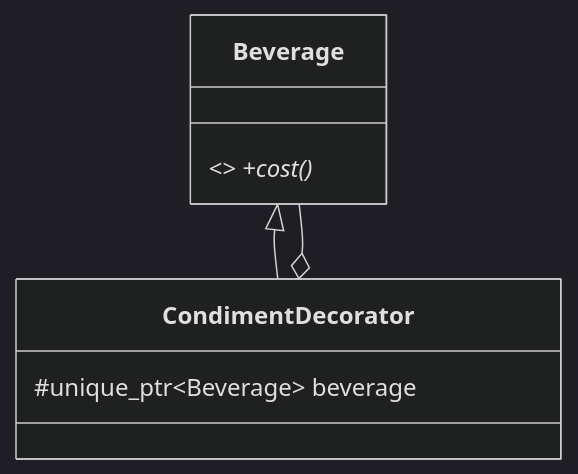
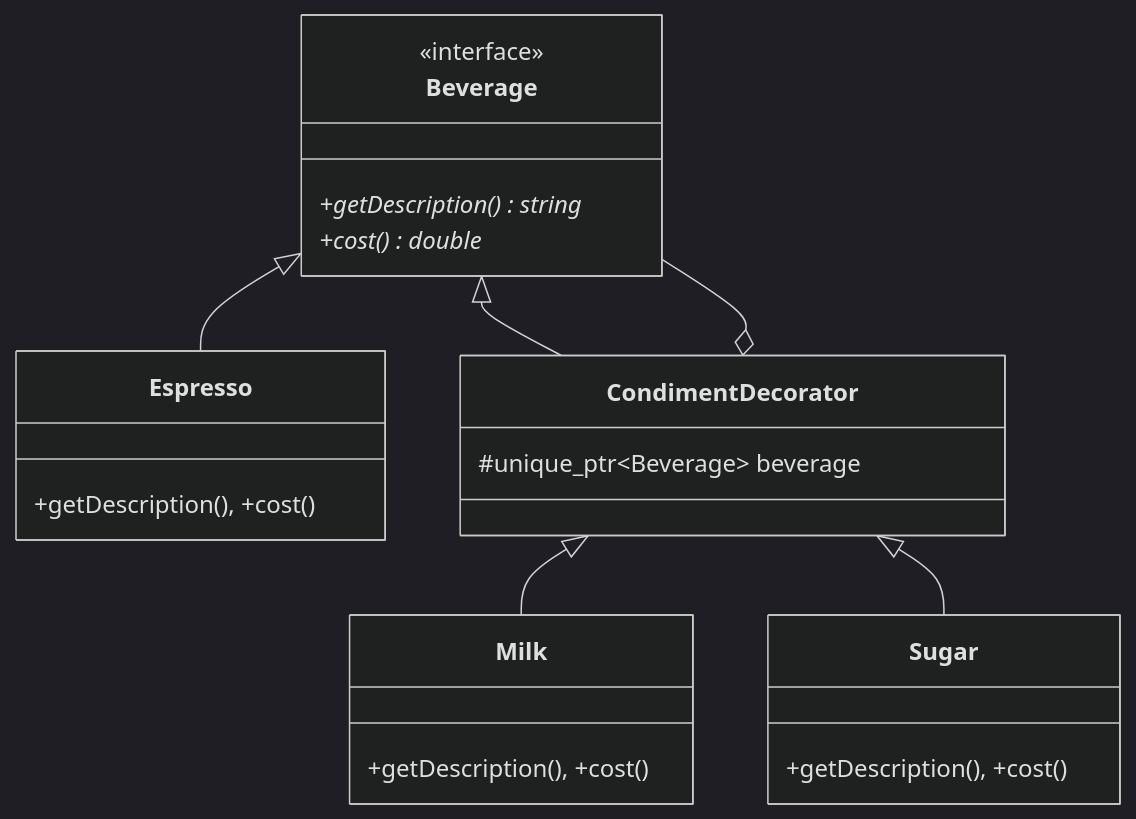
One commit to divyap271/systemDesign changed diagram 12 of 22 in readme.md. Above: the diagram before and after it, drawn with Mermaid (dark theme). The commit also changed other lines of this file, not shown here.

````diff
--- a/readme.md
+++ b/readme.md
@@ -173,7 +328,20 @@
 ```mermaid
 classDiagram
-    class Beverage { <<interface>> +cost()* }
-    class CondimentDecorator { #unique_ptr~Beverage~ beverage }
+    class Beverage {
+        <<interface>>
+        +getDescription()* string
+        +cost()* double
+    }
+    class Espresso { +getDescription(), +cost() }
+    class CondimentDecorator {
+        #unique_ptr~Beverage~ beverage
+    }
+    class Milk { +getDescription(), +cost() }
+    class Sugar { +getDescription(), +cost() }
+
+    Beverage <|-- Espresso
     Beverage <|-- CondimentDecorator
+    CondimentDecorator <|-- Milk
+    CondimentDecorator <|-- Sugar
     CondimentDecorator o-- Beverage
 ```
````
